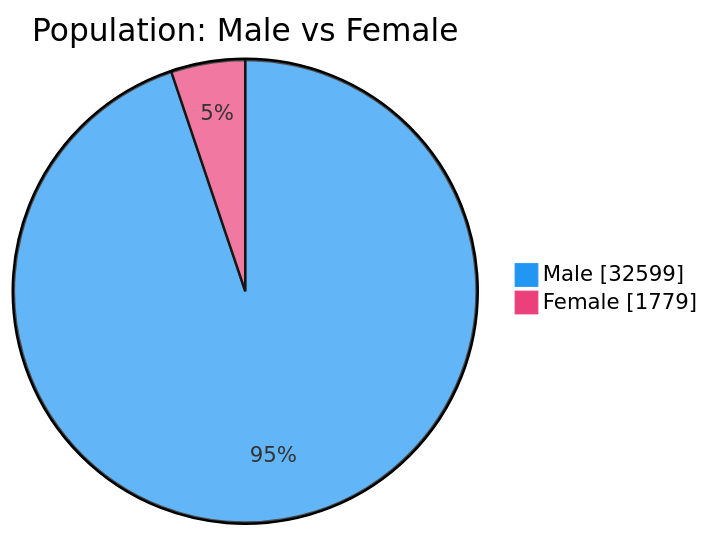
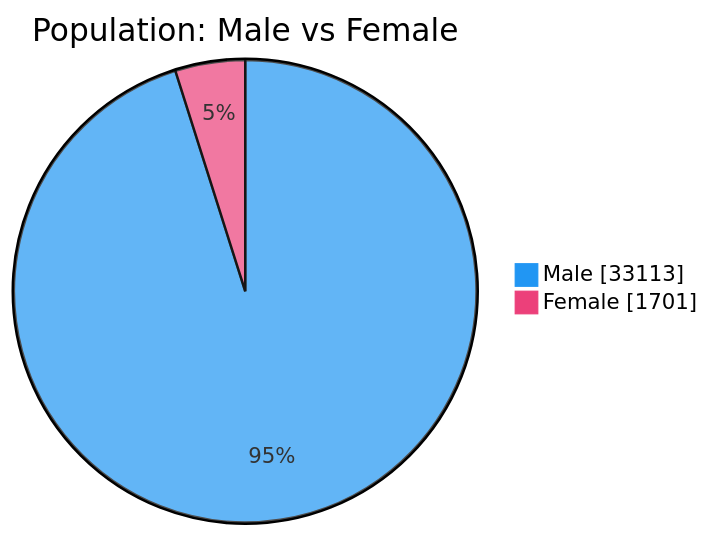
One commit to nuuuwan/lk_prisons changed the second of 7 diagrams in README.md. Above: the diagram before and after it, drawn with Mermaid. The commit also changed other lines of this file and 1 other file, not shown here.

````diff
--- a/README.md
+++ b/README.md
@@ -54,6 +54,6 @@
 ```mermaid
 %%{init: {'themeVariables': {'pie1': '#2196F3', 'pie2': '#EC407A'}}}%%
 pie showData title Population: Male vs Female
-    "Male" : 32599
-    "Female" : 1779
+    "Male" : 33113
+    "Female" : 1701
 ```
````
